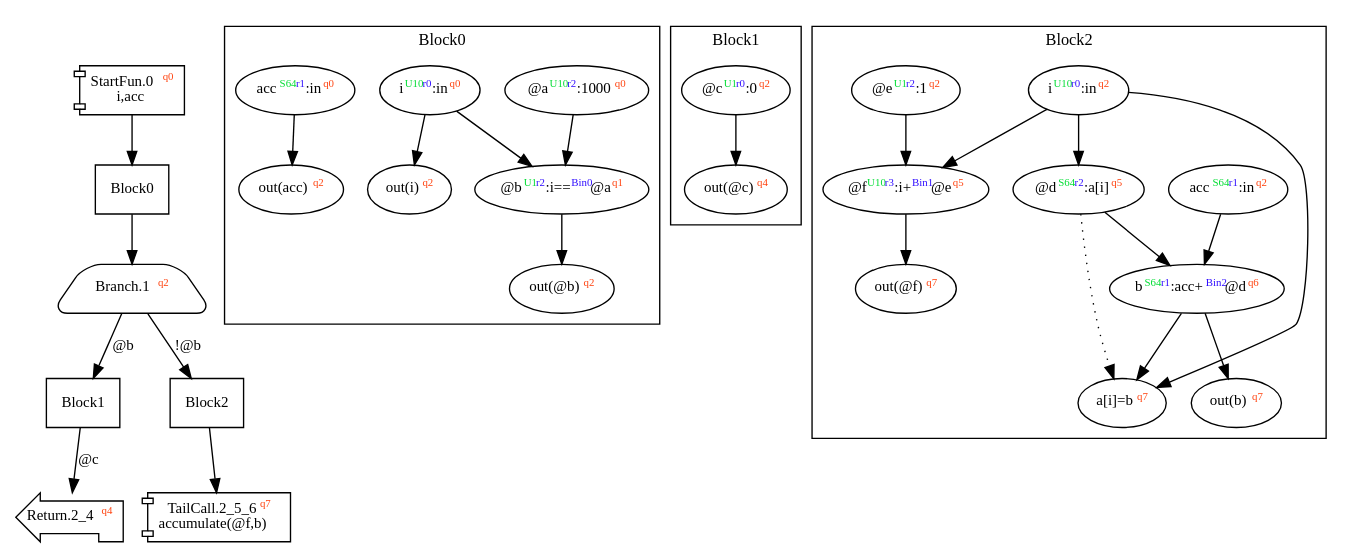
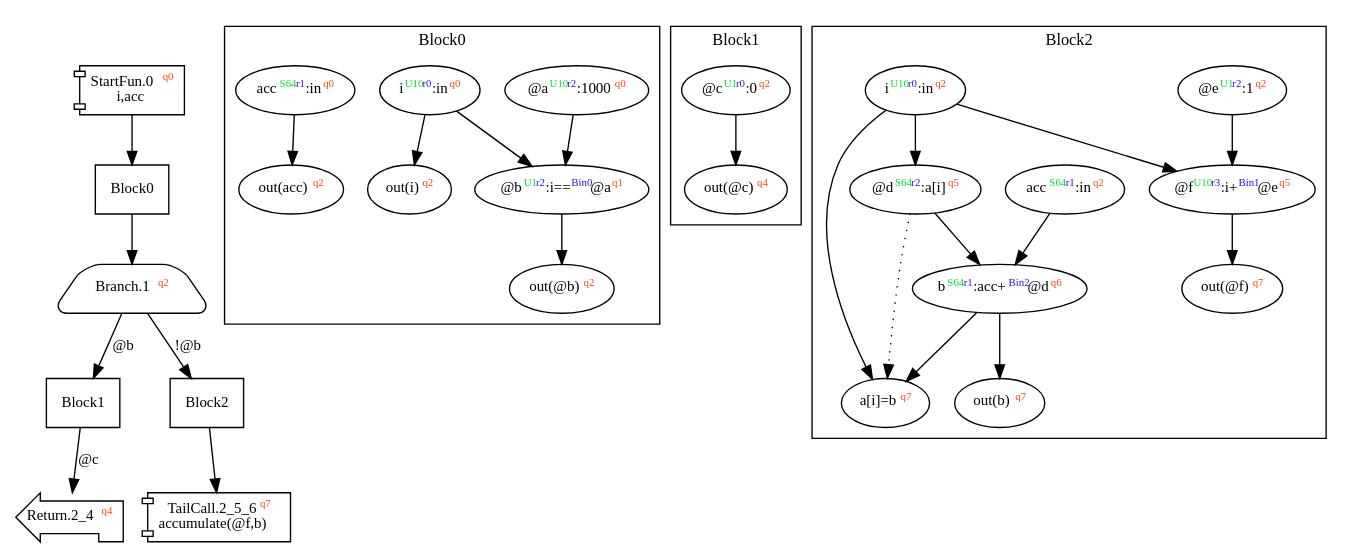
Before and after one commit to akouryy/SyntheScala: the diagram in dist/accumulate.dot, drawn with Graphviz. The commit also changed 14 other files, not shown here.

```diff
--- a/dist/accumulate.dot
+++ b/dist/accumulate.dot
@@ -1,46 +1,46 @@
 digraph Program_ {
 graph [fontname = "Monaco", fontsize = 12, ranksep = 0.5];
 node [shape = box, fontname = "Monaco", fontsize = 11; colorscheme = pastel19];
 edge [fontname = "Monaco", fontsize = 11; colorscheme = pastel19];
 Jump0[label = <StartFun.0<font color="#ff4411" point-size="8"><sup>q0</sup></font><br/>i,acc>; shape = component];
 Jump0 -> Block0;
 Jump1[
   label = <Branch.1<font color="#ff4411" point-size="8"><sup>q2</sup></font>>;
   shape = trapezium; style = rounded;
 ];
 Block0 -> Jump1;
 Jump1 -> Block1 [label="@b"];
 Jump1 -> Block2 [label="!@b"];
 Jump2_4[label = <Return.2_4<font color="#ff4411" point-size="8"><sup>q4</sup></font>>; shape = lpromoter];
 Block1 -> Jump2_4 [label="@c"];
 Jump2_5_6[label = <TailCall.2_5_6<font color="#ff4411" point-size="8"><sup>q7</sup></font><br/>accumulate(@f,b)>; shape = component];
 Block2 -> Jump2_5_6;
 Block0 [label = "Block0"];
 Block1 [label = "Block1"];
 Block2 [label = "Block2"];
 subgraph cluster_dfg_Block0{
 node [shape = oval];
 label = "Block0";
-ndBlock0_0 [label=<out(acc)<font color="#ff4411" point-size="8"><sup>q2</sup></font>>];ndBlock0_1 [label=<i<font color="#00dd33" point-size="8"><sup>U10</sup></font><font color="#3311ff" point-size="8"><sup>r0</sup></font>:in<font color="#ff4411" point-size="8"><sup>q0</sup></font>>];ndBlock0_2 [label=<out(@b)<font color="#ff4411" point-size="8"><sup>q2</sup></font>>];ndBlock0_3 [label=<@a<font color="#00dd33" point-size="8"><sup>U10</sup></font><font color="#3311ff" point-size="8"><sup>r2</sup></font>:1000<font color="#ff4411" point-size="8"><sup>q0</sup></font>>];ndBlock0_4 [label=<out(i)<font color="#ff4411" point-size="8"><sup>q2</sup></font>>];ndBlock0_5 [label=<acc<font color="#00dd33" point-size="8"><sup>S64</sup></font><font color="#3311ff" point-size="8"><sup>r1</sup></font>:in<font color="#ff4411" point-size="8"><sup>q0</sup></font>>];ndBlock0_6 [label=<@b<font color="#00dd33" point-size="8"><sup>U1</sup></font><font color="#3311ff" point-size="8"><sup>r2</sup></font>:i==<font color="#3311ff" point-size="8"><sup>Bin0</sup></font>@a<font color="#ff4411" point-size="8"><sup>q1</sup></font>>];ndBlock0_5 -> ndBlock0_0;
-ndBlock0_1 -> ndBlock0_6;
-ndBlock0_3 -> ndBlock0_6;
-ndBlock0_6 -> ndBlock0_2;
+ndBlock0_0 [label=<out(acc)<font color="#ff4411" point-size="8"><sup>q2</sup></font>>];ndBlock0_1 [label=<i<font color="#00dd33" point-size="8"><sup>U10</sup></font><font color="#3311ff" point-size="8"><sup>r0</sup></font>:in<font color="#ff4411" point-size="8"><sup>q0</sup></font>>];ndBlock0_2 [label=<out(@b)<font color="#ff4411" point-size="8"><sup>q2</sup></font>>];ndBlock0_3 [label=<@a<font color="#00dd33" point-size="8"><sup>U10</sup></font><font color="#3311ff" point-size="8"><sup>r2</sup></font>:1000<font color="#ff4411" point-size="8"><sup>q0</sup></font>>];ndBlock0_4 [label=<out(i)<font color="#ff4411" point-size="8"><sup>q2</sup></font>>];ndBlock0_5 [label=<@b<font color="#00dd33" point-size="8"><sup>U1</sup></font><font color="#3311ff" point-size="8"><sup>r2</sup></font>:i==<font color="#3311ff" point-size="8"><sup>Bin0</sup></font>@a<font color="#ff4411" point-size="8"><sup>q1</sup></font>>];ndBlock0_6 [label=<acc<font color="#00dd33" point-size="8"><sup>S64</sup></font><font color="#3311ff" point-size="8"><sup>r1</sup></font>:in<font color="#ff4411" point-size="8"><sup>q0</sup></font>>];ndBlock0_6 -> ndBlock0_0;
+ndBlock0_1 -> ndBlock0_5;
+ndBlock0_3 -> ndBlock0_5;
+ndBlock0_5 -> ndBlock0_2;
 ndBlock0_1 -> ndBlock0_4;
 }subgraph cluster_dfg_Block1{
 node [shape = oval];
 label = "Block1";
 ndBlock1_0 [label=<@c<font color="#00dd33" point-size="8"><sup>U1</sup></font><font color="#3311ff" point-size="8"><sup>r0</sup></font>:0<font color="#ff4411" point-size="8"><sup>q2</sup></font>>];ndBlock1_1 [label=<out(@c)<font color="#ff4411" point-size="8"><sup>q4</sup></font>>];ndBlock1_0 -> ndBlock1_1;
 }subgraph cluster_dfg_Block2{
 node [shape = oval];
 label = "Block2";
-ndBlock2_0 [label=<@e<font color="#00dd33" point-size="8"><sup>U1</sup></font><font color="#3311ff" point-size="8"><sup>r2</sup></font>:1<font color="#ff4411" point-size="8"><sup>q2</sup></font>>];ndBlock2_1 [label=<out(b)<font color="#ff4411" point-size="8"><sup>q7</sup></font>>];ndBlock2_2 [label=<acc<font color="#00dd33" point-size="8"><sup>S64</sup></font><font color="#3311ff" point-size="8"><sup>r1</sup></font>:in<font color="#ff4411" point-size="8"><sup>q2</sup></font>>];ndBlock2_3 [label=<b<font color="#00dd33" point-size="8"><sup>S64</sup></font><font color="#3311ff" point-size="8"><sup>r1</sup></font>:acc+<font color="#3311ff" point-size="8"><sup>Bin2</sup></font>@d<font color="#ff4411" point-size="8"><sup>q6</sup></font>>];ndBlock2_4 [label=<a[i]=b<font color="#ff4411" point-size="8"><sup>q7</sup></font>>];ndBlock2_5 [label=<out(@f)<font color="#ff4411" point-size="8"><sup>q7</sup></font>>];ndBlock2_6 [label=<@f<font color="#00dd33" point-size="8"><sup>U10</sup></font><font color="#3311ff" point-size="8"><sup>r3</sup></font>:i+<font color="#3311ff" point-size="8"><sup>Bin1</sup></font>@e<font color="#ff4411" point-size="8"><sup>q5</sup></font>>];ndBlock2_7 [label=<i<font color="#00dd33" point-size="8"><sup>U10</sup></font><font color="#3311ff" point-size="8"><sup>r0</sup></font>:in<font color="#ff4411" point-size="8"><sup>q2</sup></font>>];ndBlock2_8 [label=<@d<font color="#00dd33" point-size="8"><sup>S64</sup></font><font color="#3311ff" point-size="8"><sup>r2</sup></font>:a[i]<font color="#ff4411" point-size="8"><sup>q5</sup></font>>];ndBlock2_7 -> ndBlock2_8;
-ndBlock2_6 -> ndBlock2_5;
-ndBlock2_2 -> ndBlock2_3;
-ndBlock2_8 -> ndBlock2_3;
-ndBlock2_3 -> ndBlock2_1;
-ndBlock2_0 -> ndBlock2_6;
-ndBlock2_7 -> ndBlock2_6;
-ndBlock2_3 -> ndBlock2_4;
+ndBlock2_0 [label=<@e<font color="#00dd33" point-size="8"><sup>U1</sup></font><font color="#3311ff" point-size="8"><sup>r2</sup></font>:1<font color="#ff4411" point-size="8"><sup>q2</sup></font>>];ndBlock2_1 [label=<out(b)<font color="#ff4411" point-size="8"><sup>q7</sup></font>>];ndBlock2_2 [label=<@f<font color="#00dd33" point-size="8"><sup>U10</sup></font><font color="#3311ff" point-size="8"><sup>r3</sup></font>:i+<font color="#3311ff" point-size="8"><sup>Bin1</sup></font>@e<font color="#ff4411" point-size="8"><sup>q5</sup></font>>];ndBlock2_3 [label=<acc<font color="#00dd33" point-size="8"><sup>S64</sup></font><font color="#3311ff" point-size="8"><sup>r1</sup></font>:in<font color="#ff4411" point-size="8"><sup>q2</sup></font>>];ndBlock2_4 [label=<a[i]=b<font color="#ff4411" point-size="8"><sup>q7</sup></font>>];ndBlock2_5 [label=<b<font color="#00dd33" point-size="8"><sup>S64</sup></font><font color="#3311ff" point-size="8"><sup>r1</sup></font>:acc+<font color="#3311ff" point-size="8"><sup>Bin2</sup></font>@d<font color="#ff4411" point-size="8"><sup>q6</sup></font>>];ndBlock2_6 [label=<out(@f)<font color="#ff4411" point-size="8"><sup>q7</sup></font>>];ndBlock2_7 [label=<i<font color="#00dd33" point-size="8"><sup>U10</sup></font><font color="#3311ff" point-size="8"><sup>r0</sup></font>:in<font color="#ff4411" point-size="8"><sup>q2</sup></font>>];ndBlock2_8 [label=<@d<font color="#00dd33" point-size="8"><sup>S64</sup></font><font color="#3311ff" point-size="8"><sup>r2</sup></font>:a[i]<font color="#ff4411" point-size="8"><sup>q5</sup></font>>];ndBlock2_7 -> ndBlock2_8;
+ndBlock2_5 -> ndBlock2_4;
 ndBlock2_7 -> ndBlock2_4;
+ndBlock2_0 -> ndBlock2_2;
+ndBlock2_7 -> ndBlock2_2;
+ndBlock2_2 -> ndBlock2_6;
+ndBlock2_3 -> ndBlock2_5;
+ndBlock2_8 -> ndBlock2_5;
+ndBlock2_5 -> ndBlock2_1;
 ndBlock2_8 -> ndBlock2_4 [style = dotted];
 }}
```
